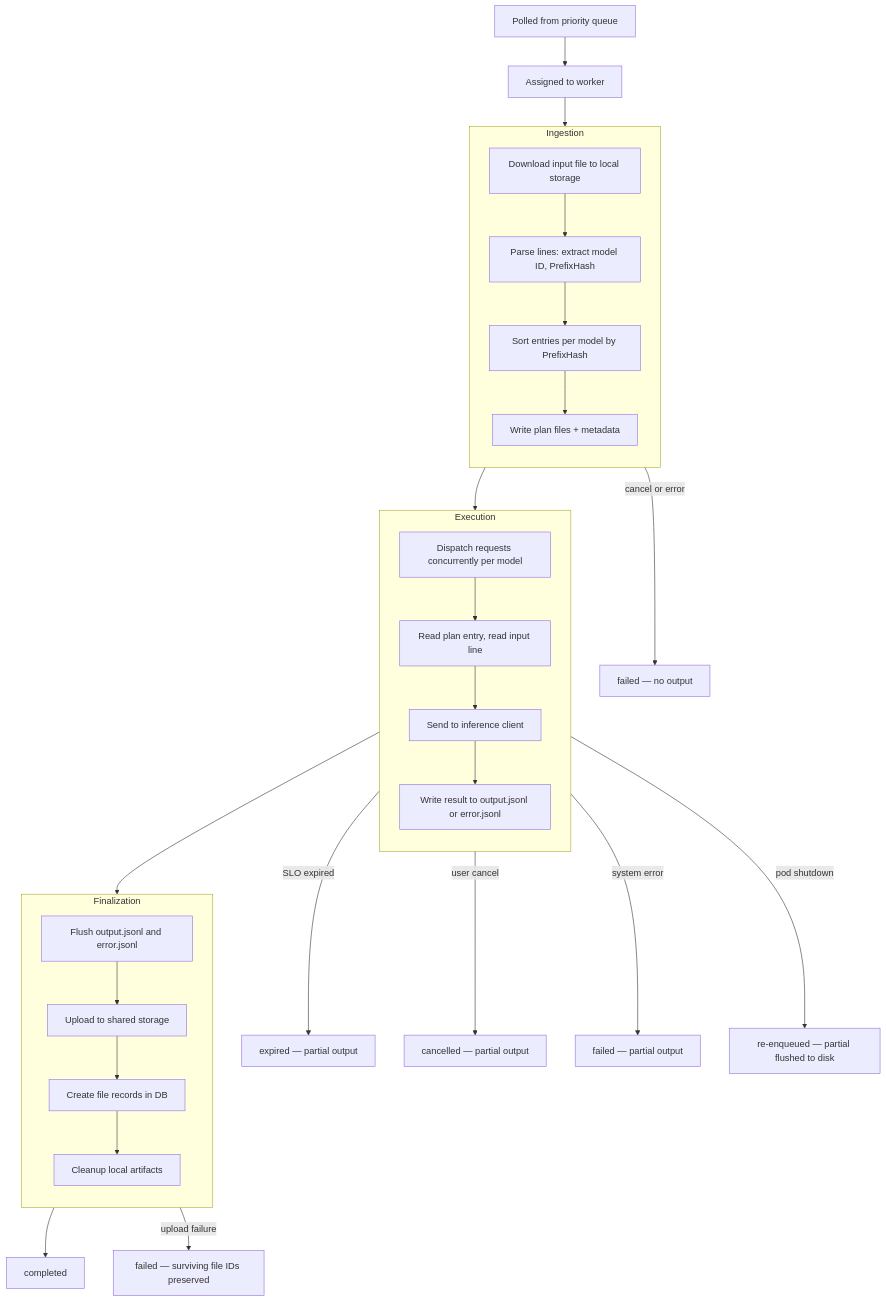
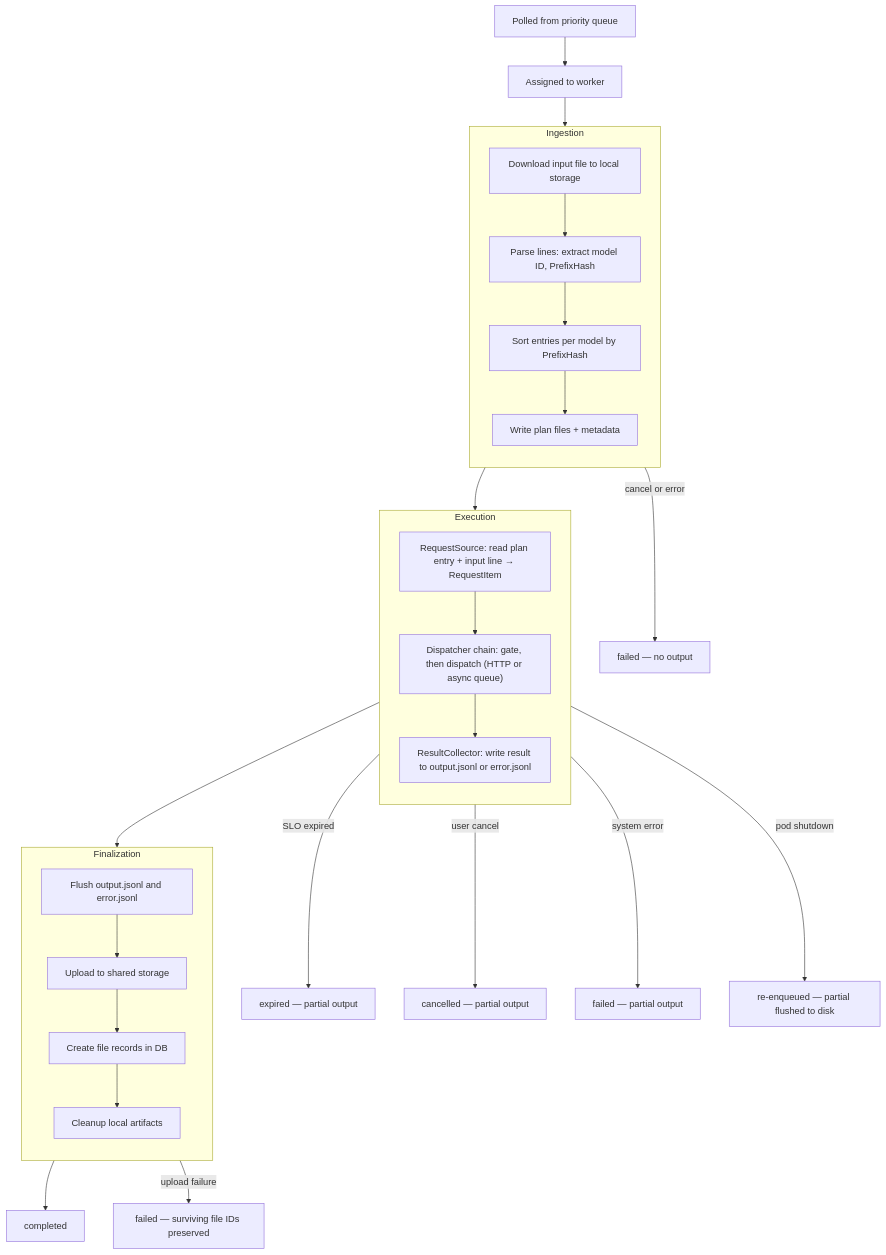
The first of 4 diagrams in docs/design/batch_processor_architecture.md (llm-d-incubation/batch-gateway), drawn with Mermaid before and after one commit. The commit also changed other lines of this file and 1 other file, not shown here.

````diff
--- a/docs/design/batch_processor_architecture.md
+++ b/docs/design/batch_processor_architecture.md
@@ -129,42 +129,41 @@
 ```mermaid
 flowchart TD
     poll["Polled from priority queue"] --> assign["Assigned to worker"]
     assign --> phase1
 
     subgraph phase1 ["Ingestion"]
         direction TB
         download["Download input file to local storage"]
         download --> parsePlan["Parse lines: extract model ID, PrefixHash"]
         parsePlan --> sort["Sort entries per model by PrefixHash"]
         sort --> writePlans["Write plan files + metadata"]
     end
 
     phase1 --> phase2
 
     subgraph phase2 ["Execution"]
         direction TB
-        dispatch["Dispatch requests concurrently per model"]
-        dispatch --> readPlan["Read plan entry, read input line"]
-        readPlan --> sendInfer["Send to inference client"]
-        sendInfer --> writeResult["Write result to output.jsonl or error.jsonl"]
+        source["RequestSource: read plan entry + input line → RequestItem"]
+        source --> dispatch["Dispatcher chain: gate, then dispatch (HTTP or async queue)"]
+        dispatch --> collect["ResultCollector: write result to output.jsonl or error.jsonl"]
     end
 
     phase2 --> phase3
 
     subgraph phase3 ["Finalization"]
         direction TB
         flushFiles["Flush output.jsonl and error.jsonl"]
         flushFiles --> uploadFiles["Upload to shared storage"]
         uploadFiles --> createRecords["Create file records in DB"]
         createRecords --> cleanupLocal["Cleanup local artifacts"]
     end
 
     phase3 --> completedState["completed"]
 
     phase1 -->|"cancel or error"| failedNoOutput["failed — no output"]
     phase2 -->|"SLO expired"| expiredState["expired — partial output"]
     phase2 -->|"user cancel"| cancelledState["cancelled — partial output"]
     phase2 -->|"system error"| failedPartial["failed — partial output"]
     phase2 -->|"pod shutdown"| reenqueue["re-enqueued — partial flushed to disk"]
     phase3 -->|"upload failure"| failedPreserved["failed — surviving file IDs preserved"]
 ```
````
